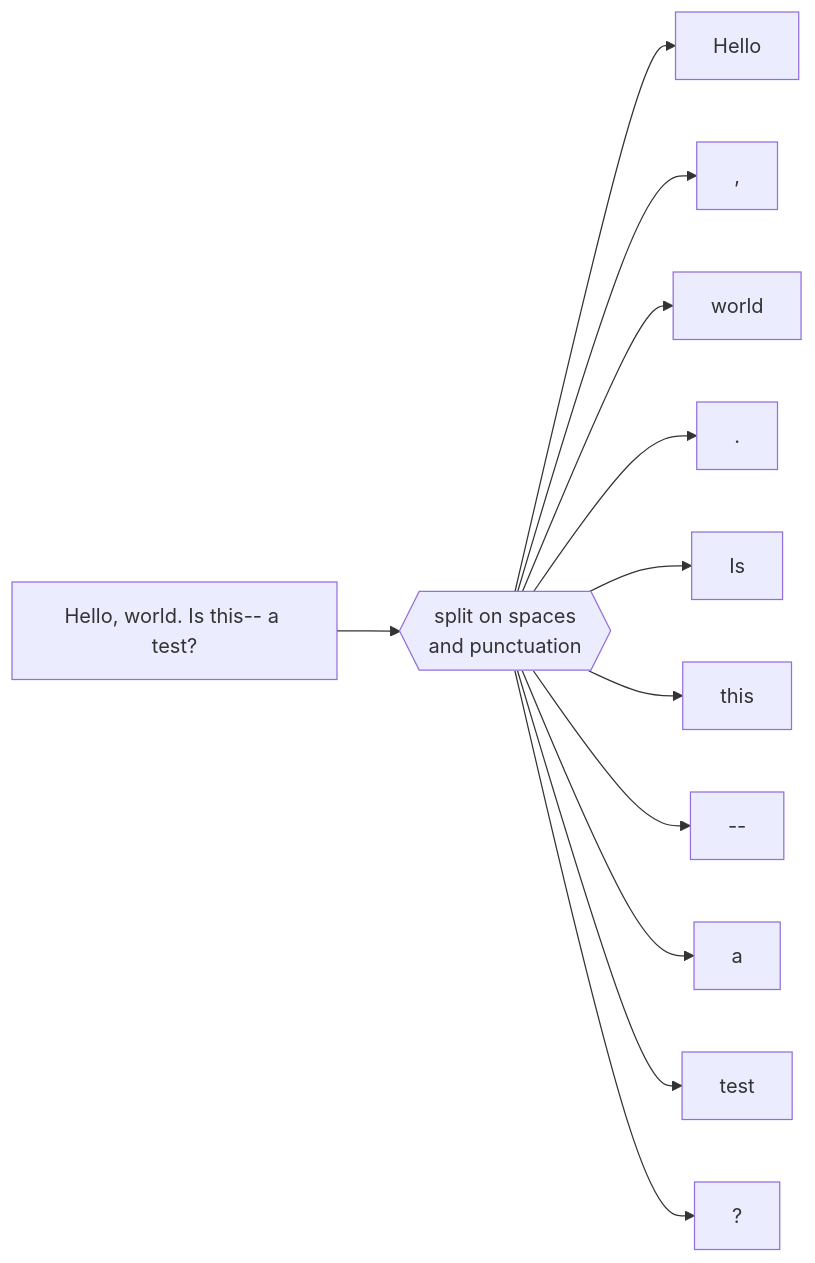
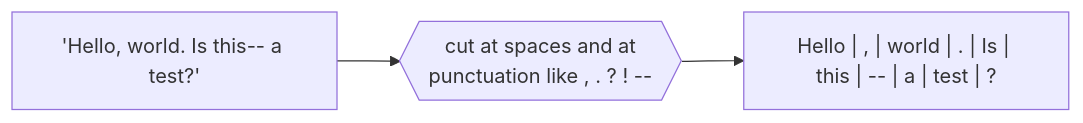
One commit to Ranjeet0611/tinygpt changed the third of 10 diagrams in docs/01-tokenization.md. Above: the diagram before and after it, drawn with Mermaid. The commit also changed other lines of this file and 9 other files, not shown here.

````diff
--- a/docs/01-tokenization.md
+++ b/docs/01-tokenization.md
@@ -28,5 +48,5 @@
 ```mermaid
 flowchart LR
-    T["Hello, world. Is this-- a test?"] --> S{{"split on spaces<br/>and punctuation"}}
-    S --> P1["Hello"] & P2[","] & P3["world"] & P4["."] & P5["Is"] & P6["this"] & P7["--"] & P8["a"] & P9["test"] & P10["?"]
+    T["'Hello, world. Is this-- a test?'"] --> S{{"cut at spaces and at<br/>punctuation like , . ? ! --"}}
+    S --> R["Hello | , | world | . | Is | this | -- | a | test | ?"]
 ```
````
